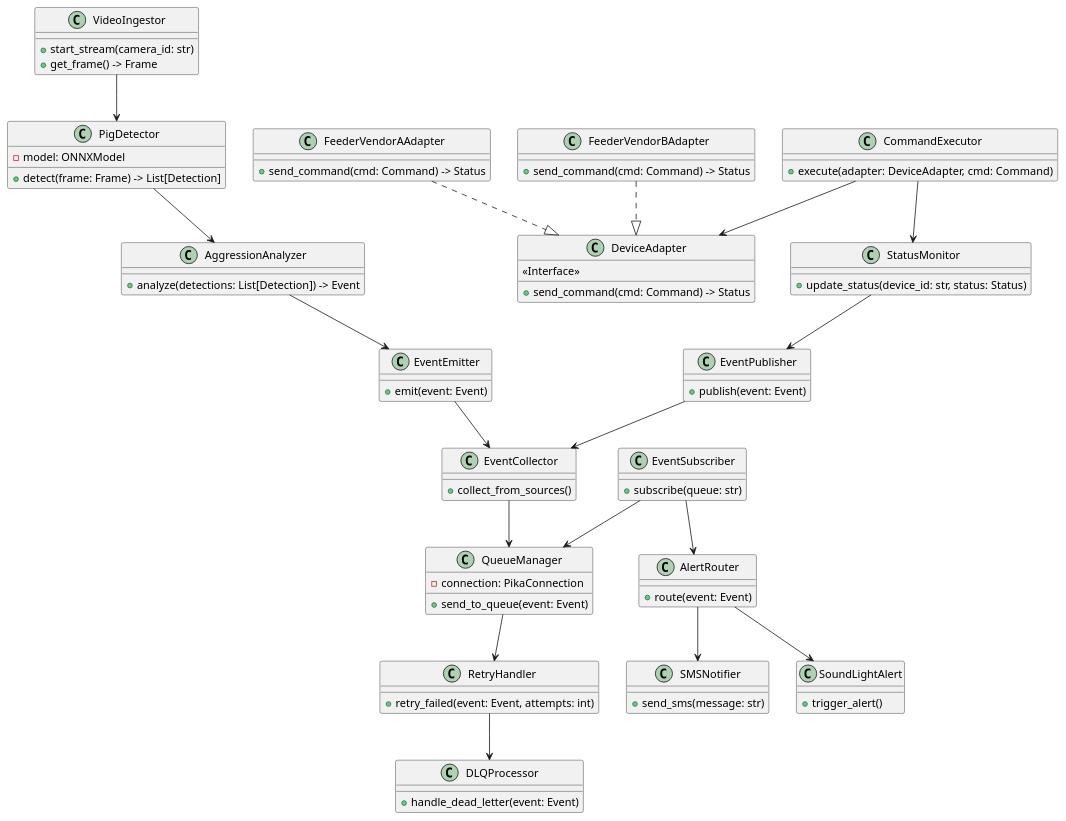
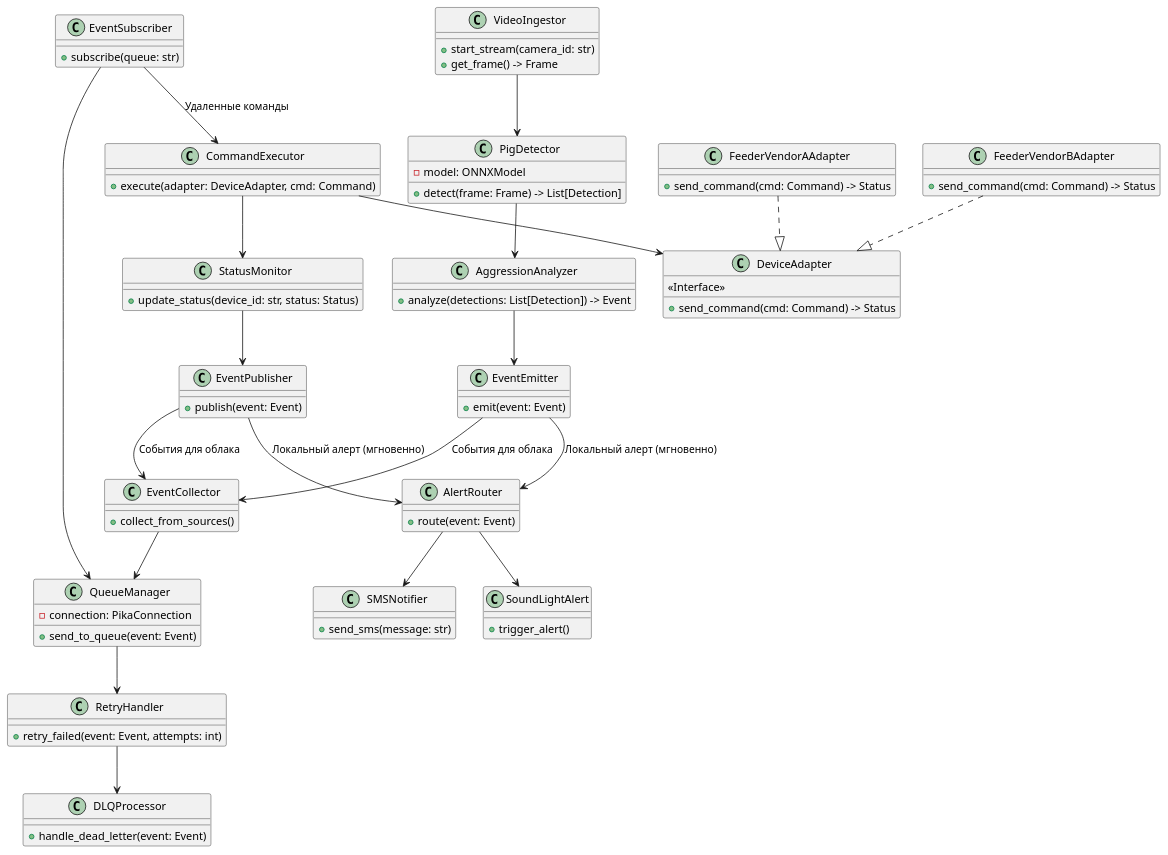
The diagram in Task3/diagrams/code/variant_a.puml (Lexxar91/MSA-AgroTech), drawn with PlantUML before and after one commit. The commit also changed 6 other files, not shown here.

```diff
--- a/Task3/diagrams/code/variant_a.puml
+++ b/Task3/diagrams/code/variant_a.puml
@@ -1,101 +1,110 @@
 @startuml
 ' C4 Code Level — Основной вариант (гибрид)
 
 class VideoIngestor {
   + start_stream(camera_id: str)
   + get_frame() -> Frame
 }
 
 class PigDetector {
   - model: ONNXModel
   + detect(frame: Frame) -> List[Detection]
 }
 
 class AggressionAnalyzer {
   + analyze(detections: List[Detection]) -> Event
 }
 
 class EventEmitter {
   + emit(event: Event)
 }
 
 class DeviceAdapter {
   <<Interface>>
   + send_command(cmd: Command) -> Status
 }
 
 class FeederVendorAAdapter {
   + send_command(cmd: Command) -> Status
 }
 
 class FeederVendorBAdapter {
   + send_command(cmd: Command) -> Status
 }
 
 class CommandExecutor {
   + execute(adapter: DeviceAdapter, cmd: Command)
 }
 
 class StatusMonitor {
   + update_status(device_id: str, status: Status)
 }
 
 class EventPublisher {
   + publish(event: Event)
 }
 
 class AlertRouter {
   + route(event: Event)
 }
 
 class SMSNotifier {
+  ' Требует интернет-соединения
   + send_sms(message: str)
 }
 
 class SoundLightAlert {
   + trigger_alert()
 }
 
 class EventSubscriber {
   + subscribe(queue: str)
 }
 
 class QueueManager {
   - connection: PikaConnection
   + send_to_queue(event: Event)
 }
 
 class RetryHandler {
   + retry_failed(event: Event, attempts: int)
 }
 
 class DLQProcessor {
   + handle_dead_letter(event: Event)
 }
 
 class EventCollector {
   + collect_from_sources()
 }
 
 ' Зависимости
 VideoIngestor --> PigDetector
 PigDetector --> AggressionAnalyzer
 AggressionAnalyzer --> EventEmitter
-EventEmitter --> EventCollector
+
+' Локальные алерты идут напрямую, минуя очередь в облако
+EventEmitter --> AlertRouter : Локальный алерт (мгновенно)
+EventEmitter --> EventCollector : События для облака
 
 FeederVendorAAdapter ..|> DeviceAdapter
 FeederVendorBAdapter ..|> DeviceAdapter
 CommandExecutor --> DeviceAdapter
 CommandExecutor --> StatusMonitor
 StatusMonitor --> EventPublisher
-EventPublisher --> EventCollector
+
+EventPublisher --> AlertRouter : Локальный алерт (мгновенно)
+EventPublisher --> EventCollector : События для облака
 
 EventCollector --> QueueManager
 QueueManager --> RetryHandler
 RetryHandler --> DLQProcessor
+
+' Подписчик нужен только для приема команд ИЗ облака (например, удаленный запуск кормушки)
 EventSubscriber --> QueueManager
-EventSubscriber --> AlertRouter
+EventSubscriber --> CommandExecutor : Удаленные команды
+
 AlertRouter --> SMSNotifier
 AlertRouter --> SoundLightAlert
 
 @enduml
```
